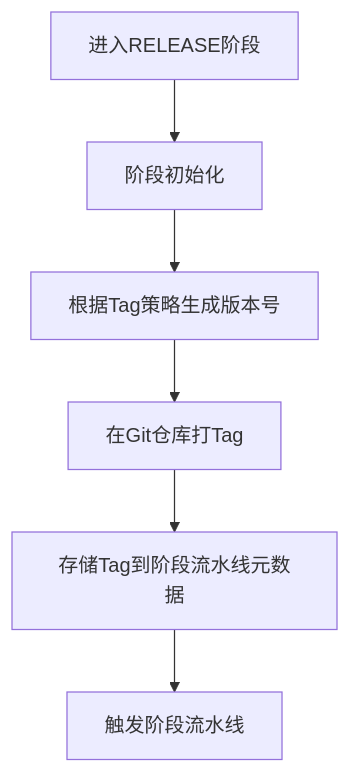
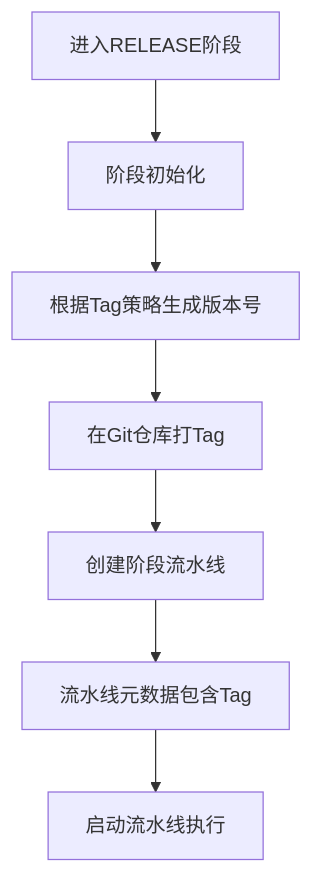
Before and after one commit to qdw497874677/high-code-doc: the fourth of 8 diagrams in docs/plans/procode-platform/hld/hld.md, drawn with Mermaid. The commit also changed other lines of this file, not shown here.

````diff
--- a/docs/plans/procode-platform/hld/hld.md
+++ b/docs/plans/procode-platform/hld/hld.md
@@ -155,8 +159,9 @@
 ```mermaid
 flowchart TD
     A[进入RELEASE阶段] --> B[阶段初始化]
     B --> C[根据Tag策略生成版本号]
     C --> D[在Git仓库打Tag]
-    D --> E[存储Tag到阶段流水线元数据]
-    E --> F[触发阶段流水线]
+    D --> E[创建阶段流水线]
+    E --> F[流水线元数据包含Tag]
+    F --> G[启动流水线执行]
 ```
````
